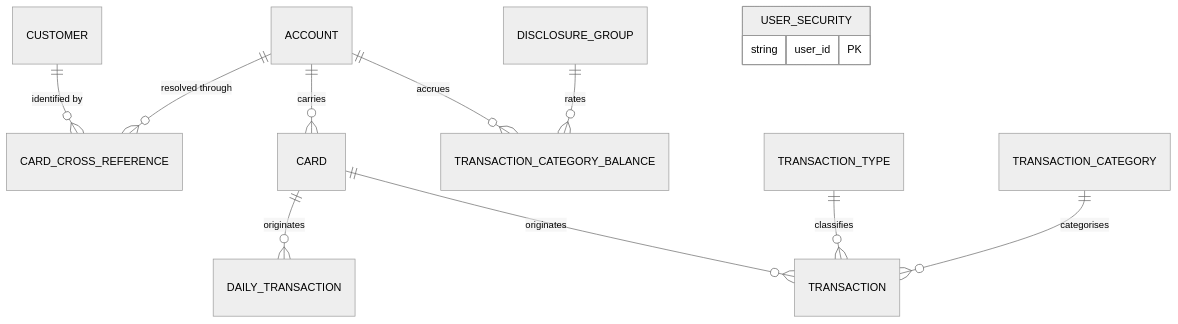
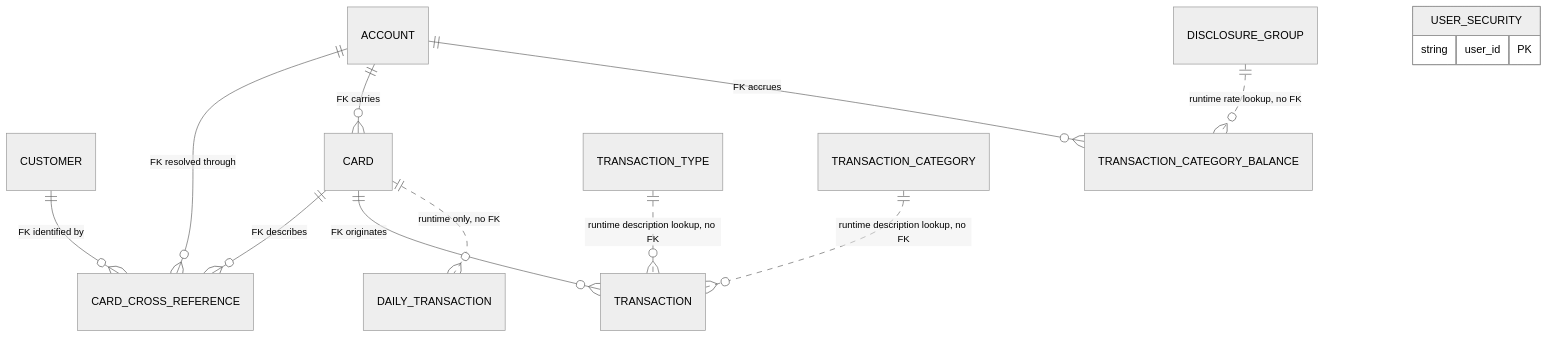
Before and after one commit to blitzy-research/aws-carddemo-blitzy: the third of 3 diagrams in docs/architecture.md, drawn with Mermaid (neutral theme). The commit also changed other lines of this file and 180 other files, not shown here.

````diff
--- a/docs/architecture.md
+++ b/docs/architecture.md
@@ -494,15 +622,16 @@
 ```mermaid
 erDiagram
-    CUSTOMER ||--o{ CARD_CROSS_REFERENCE : "identified by"
-    ACCOUNT ||--o{ CARD_CROSS_REFERENCE : "resolved through"
-    ACCOUNT ||--o{ CARD : "carries"
-    CARD ||--o{ TRANSACTION : "originates"
-    CARD ||--o{ DAILY_TRANSACTION : "originates"
-    ACCOUNT ||--o{ TRANSACTION_CATEGORY_BALANCE : "accrues"
-    DISCLOSURE_GROUP ||--o{ TRANSACTION_CATEGORY_BALANCE : "rates"
-    TRANSACTION_TYPE ||--o{ TRANSACTION : "classifies"
-    TRANSACTION_CATEGORY ||--o{ TRANSACTION : "categorises"
+    CUSTOMER ||--o{ CARD_CROSS_REFERENCE : "FK identified by"
+    ACCOUNT ||--o{ CARD_CROSS_REFERENCE : "FK resolved through"
+    CARD ||--o{ CARD_CROSS_REFERENCE : "FK describes"
+    ACCOUNT ||--o{ CARD : "FK carries"
+    CARD ||--o{ TRANSACTION : "FK originates"
+    ACCOUNT ||--o{ TRANSACTION_CATEGORY_BALANCE : "FK accrues"
+    CARD ||..o{ DAILY_TRANSACTION : "runtime only, no FK"
+    DISCLOSURE_GROUP ||..o{ TRANSACTION_CATEGORY_BALANCE : "runtime rate lookup, no FK"
+    TRANSACTION_TYPE ||..o{ TRANSACTION : "runtime description lookup, no FK"
+    TRANSACTION_CATEGORY ||..o{ TRANSACTION : "runtime description lookup, no FK"
     USER_SECURITY {
         string user_id PK
     }
 ```
````
